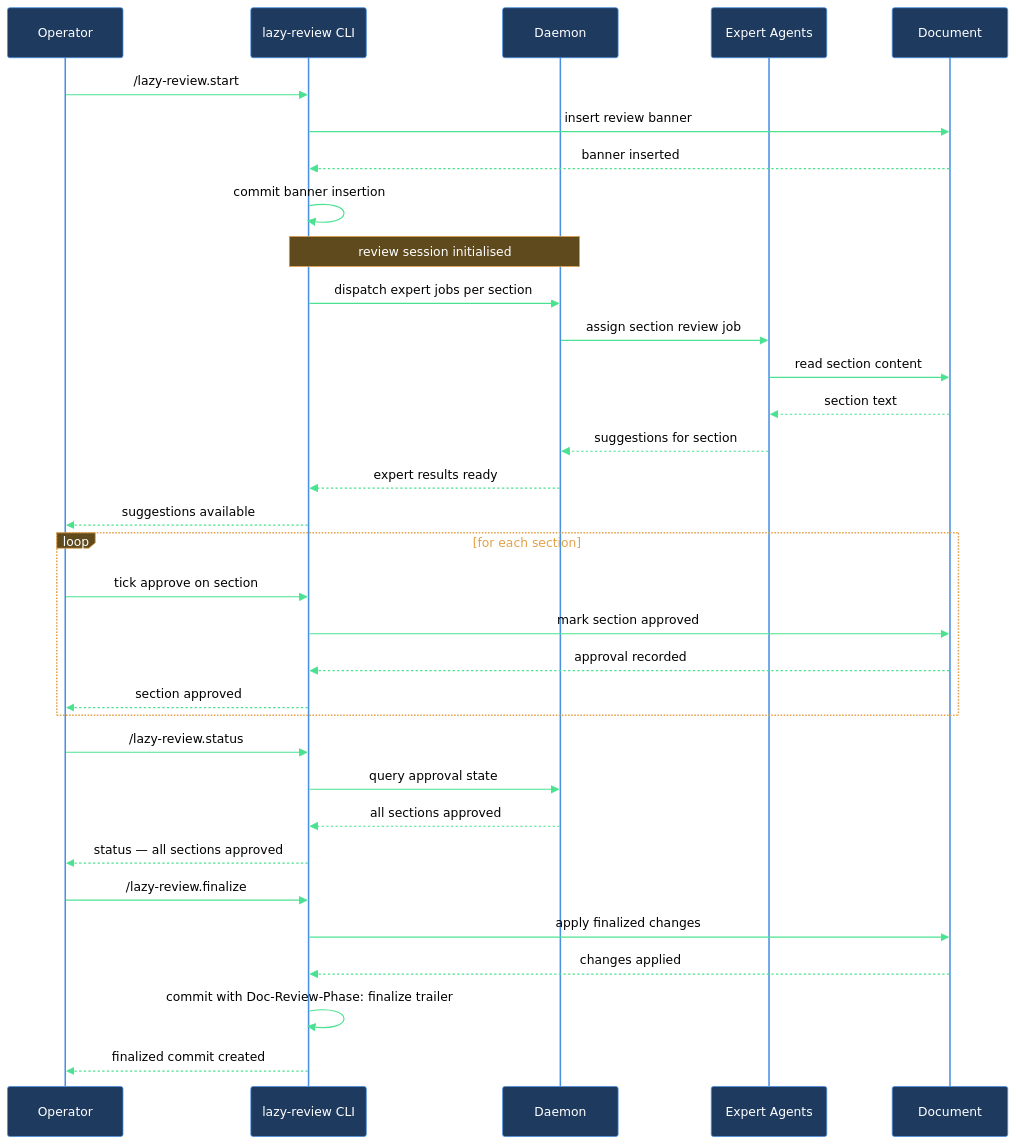
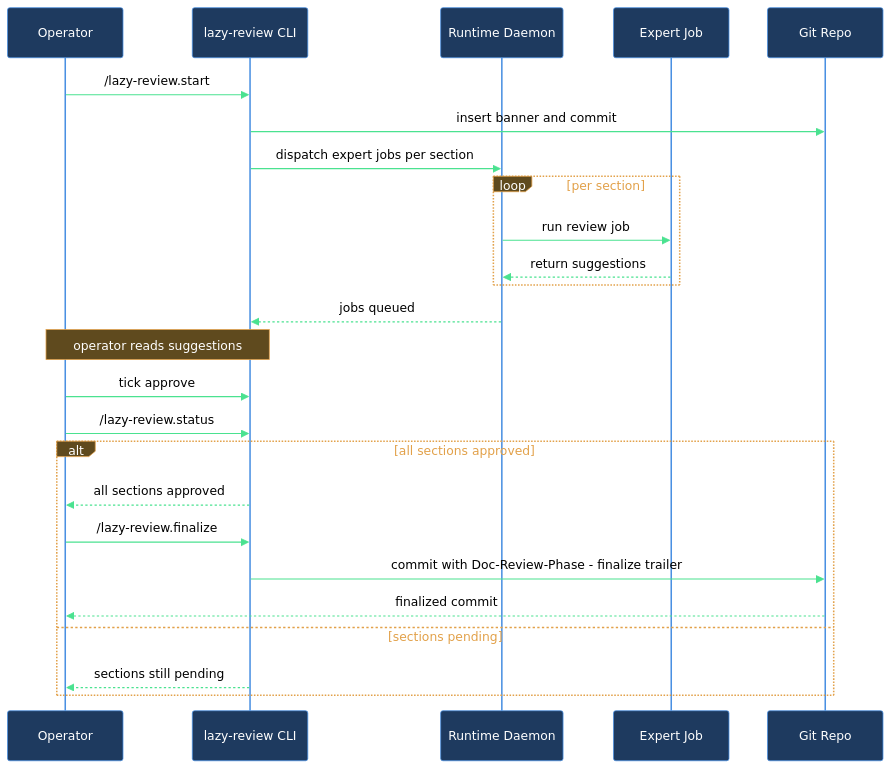
The diagram in claude/lazycortex-review/help/walkthroughs/run-a-document-review.md (mebius-san/lazy-cortex), drawn with Mermaid before and after one commit. The commit also changed other lines of this file and 8 other files, not shown here.

````diff
--- a/claude/lazycortex-review/help/walkthroughs/run-a-document-review.md
+++ b/claude/lazycortex-review/help/walkthroughs/run-a-document-review.md
@@ -89,40 +89,29 @@
 ```mermaid
 %%{init: {'themeVariables':{'background':'transparent','primaryColor':'#1e3a5f','primaryBorderColor':'#4a90e2','primaryTextColor':'#fff','lineColor':'#4ae290','actorBkg':'#1e3a5f','actorBorder':'#4a90e2','actorTextColor':'#fff','actorLineColor':'#4a90e2','signalColor':'#4ae290','signalTextColor':'#000','noteBkgColor':'#5f4a1e','noteBorderColor':'#e2a14a','noteTextColor':'#fff','labelBoxBkgColor':'#5f4a1e','labelBoxBorderColor':'#e2a14a','labelTextColor':'#fff','loopTextColor':'#e2a14a'},'sequence':{'diagramPadding':5,'useMaxWidth':true}}}%%
 sequenceDiagram
   participant operator as Operator
-  participant cli as lazy-review CLI
-  participant daemon as Daemon
-  participant experts as Expert Agents
-  participant doc as Document
+  participant reviewCli as lazy-review CLI
+  participant daemon as Runtime Daemon
+  participant expertJob as Expert Job
+  participant gitRepo as Git Repo
 
-  operator->>cli: /lazy-review.start
-  cli->>doc: insert review banner
-  doc-->>cli: banner inserted
-  cli->>cli: commit banner insertion
-  Note over cli,daemon: review session initialised
-  cli->>daemon: dispatch expert jobs per section
-  daemon->>experts: assign section review job
-  experts->>doc: read section content
-  doc-->>experts: section text
-  experts-->>daemon: suggestions for section
-  daemon-->>cli: expert results ready
-  cli-->>operator: suggestions available
-
-  loop for each section
-    operator->>cli: tick approve on section
-    cli->>doc: mark section approved
-    doc-->>cli: approval recorded
-    cli-->>operator: section approved
+  operator->>reviewCli: /lazy-review.start
+  reviewCli->>gitRepo: insert banner and commit
+  reviewCli->>daemon: dispatch expert jobs per section
+  loop per section
+    daemon->>expertJob: run review job
+    expertJob-->>daemon: return suggestions
   end
-
-  operator->>cli: /lazy-review.status
-  cli->>daemon: query approval state
-  daemon-->>cli: all sections approved
-  cli-->>operator: status — all sections approved
-
-  operator->>cli: /lazy-review.finalize
-  cli->>doc: apply finalized changes
-  doc-->>cli: changes applied
-  cli->>cli: commit with Doc-Review-Phase: finalize trailer
-  cli-->>operator: finalized commit created
+  daemon-->>reviewCli: jobs queued
+  Note over operator,reviewCli: operator reads suggestions
+  operator->>reviewCli: tick approve
+  operator->>reviewCli: /lazy-review.status
+  alt all sections approved
+    reviewCli-->>operator: all sections approved
+    operator->>reviewCli: /lazy-review.finalize
+    reviewCli->>gitRepo: commit with Doc-Review-Phase - finalize trailer
+    gitRepo-->>operator: finalized commit
+  else sections pending
+    reviewCli-->>operator: sections still pending
+  end
 ```
````
